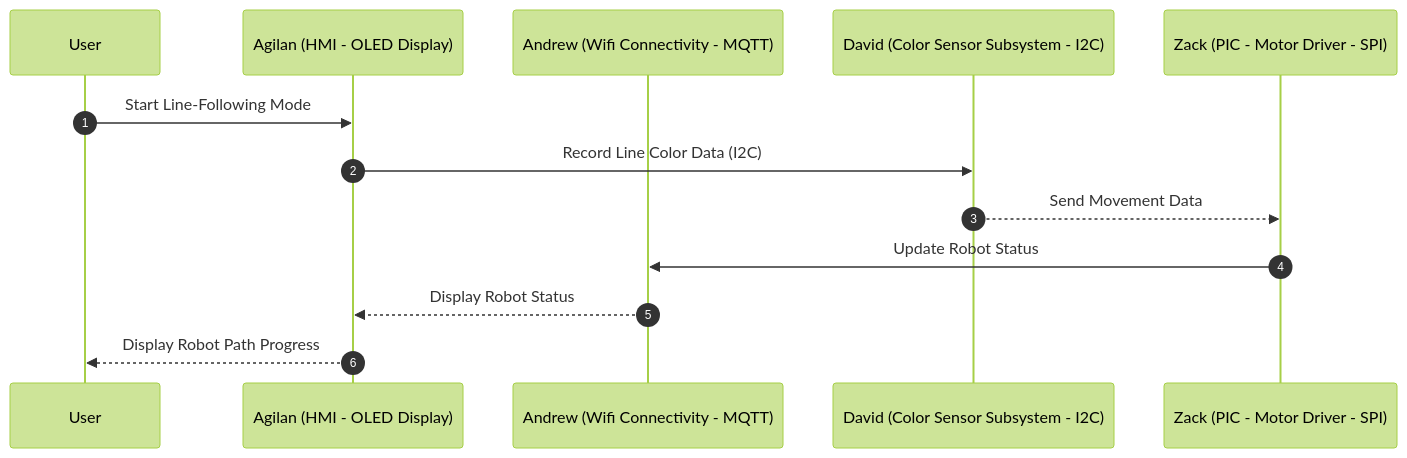
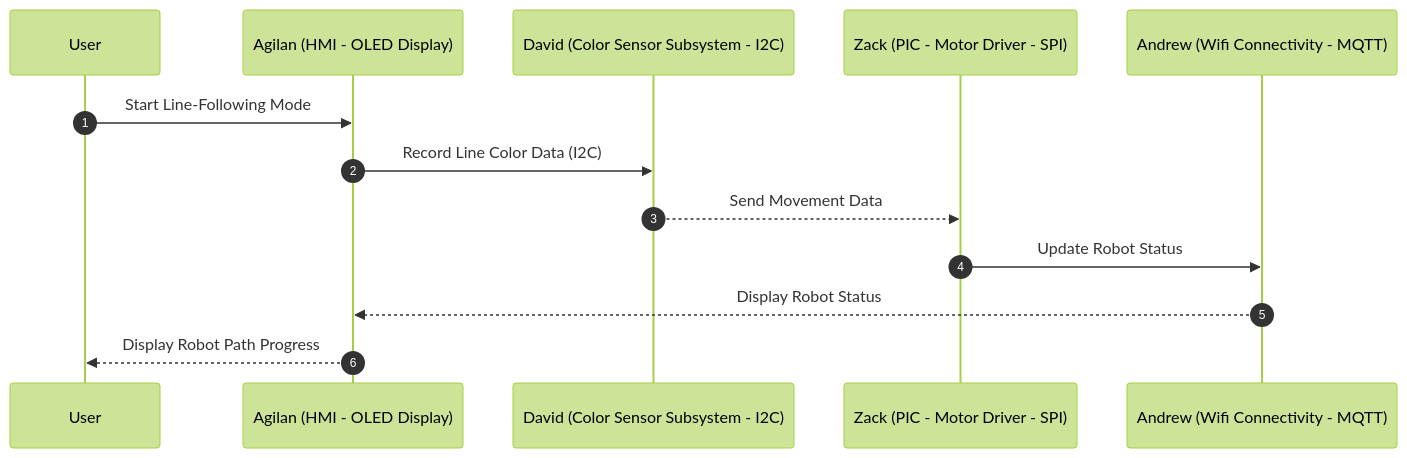
Before and after one commit to ASU-EGR314-2025-S-305/ASU-EGR314-2025-S-305.github.io: the first of 2 diagrams in docs/Block-Diagram.md, drawn with Mermaid (forest theme). The commit also changed other lines of this file, not shown here.

````diff
--- a/docs/Block-Diagram.md
+++ b/docs/Block-Diagram.md
@@ -66,16 +66,16 @@
 ```mermaid
 sequenceDiagram
     autonumber
     participant User
     participant HMI as Agilan (HMI - OLED Display)
-    participant Andrew as Andrew (Wifi Connectivity - MQTT)
     participant David as David (Color Sensor Subsystem - I2C)
     participant Zack as Zack (PIC - Motor Driver - SPI)
+    participant Andrew as Andrew (Wifi Connectivity - MQTT)
 
     User->>HMI: Start Line-Following Mode
     HMI->>David: Record Line Color Data (I2C)
     David-->>Zack: Send Movement Data
     Zack->>Andrew: Update Robot Status
     Andrew-->>HMI: Display Robot Status
     HMI-->>User: Display Robot Path Progress
 ```
````
